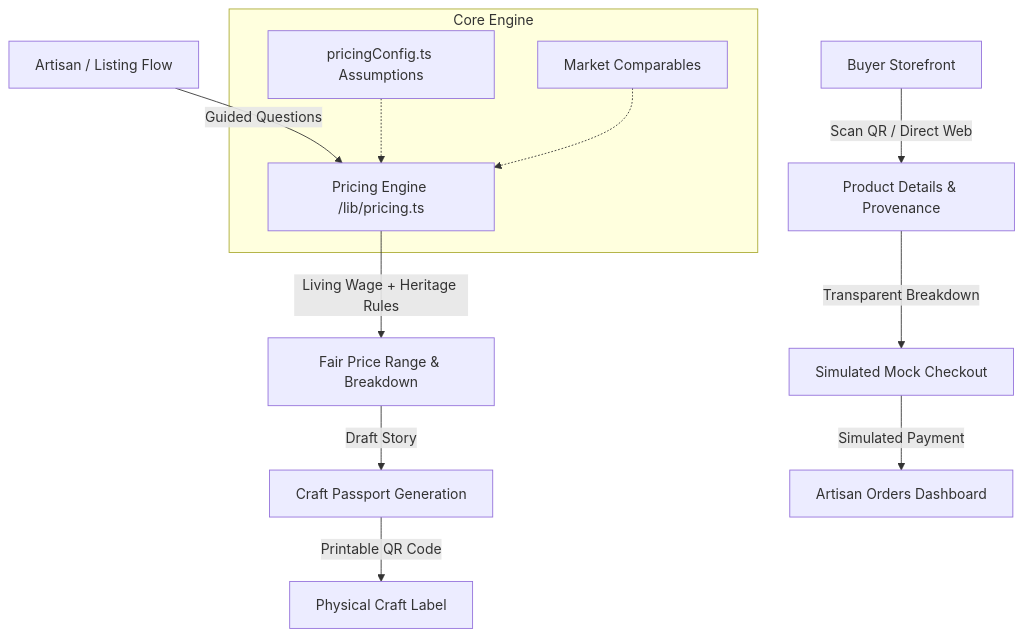
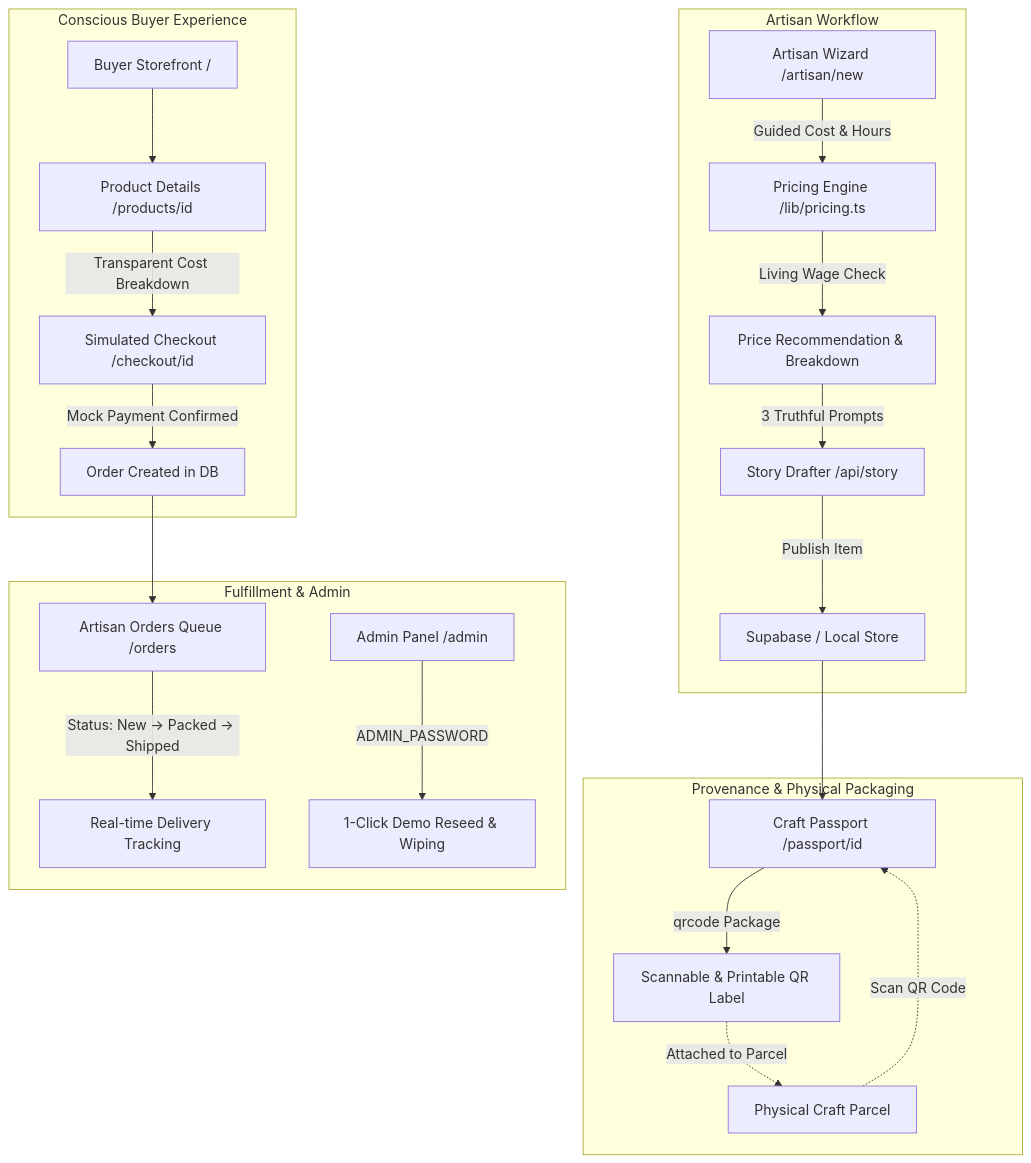
The diagram in README.md (ashishcs25-del/KalaMulya), drawn with Mermaid before and after one commit. The commit also changed other lines of this file and 5 other files, not shown here.

Commit message:
feat(phase-4-5): add admin dashboard, bilingual toggle, and final documentation

````diff
--- a/README.md
+++ b/README.md
@@ -19,17 +20,28 @@
 ```mermaid
 graph TD
-    A[Artisan / Listing Flow] -->|Guided Questions| B[Pricing Engine /lib/pricing.ts]
-    B -->|Living Wage + Heritage Rules| C[Fair Price Range & Breakdown]
-    C -->|Draft Story| D[Craft Passport Generation]
-    D -->|Printable QR Code| E[Physical Craft Label]
-    
-    F[Buyer Storefront] -->|Scan QR / Direct Web| G[Product Details & Provenance]
-    G -->|Transparent Breakdown| H[Simulated Mock Checkout]
-    H -->|Simulated Payment| I[Artisan Orders Dashboard]
+    subgraph Artisan Workflow
+        A[Artisan Wizard /artisan/new] -->|Guided Cost & Hours| B[Pricing Engine /lib/pricing.ts]
+        B -->|Living Wage Check| C[Price Recommendation & Breakdown]
+        C -->|3 Truthful Prompts| D[Story Drafter /api/story]
+        D -->|Publish Item| E[Supabase / Local Store]
+    end
 
-    subgraph Core Engine
-        B
-        J[pricingConfig.ts Assumptions] -.-> B
-        K[Market Comparables] -.-> B
+    subgraph Provenance & Physical Packaging
+        E --> F[Craft Passport /passport/id]
+        F -->|qrcode Package| G[Scannable & Printable QR Label]
+        G -.->|Attached to Parcel| H[Physical Craft Parcel]
+    end
+
+    subgraph Conscious Buyer Experience
+        I[Buyer Storefront /] --> J[Product Details /products/id]
+        H -.->|Scan QR Code| F
+        J -->|Transparent Cost Breakdown| K[Simulated Checkout /checkout/id]
+        K -->|Mock Payment Confirmed| L[Order Created in DB]
+    end
+
+    subgraph Fulfillment & Admin
+        L --> M[Artisan Orders Queue /orders]
+        M -->|Status: New -> Packed -> Shipped| N[Real-time Delivery Tracking]
+        O[Admin Panel /admin] -->|ADMIN_PASSWORD| P[1-Click Demo Reseed & Wiping]
     end
 ```
````
